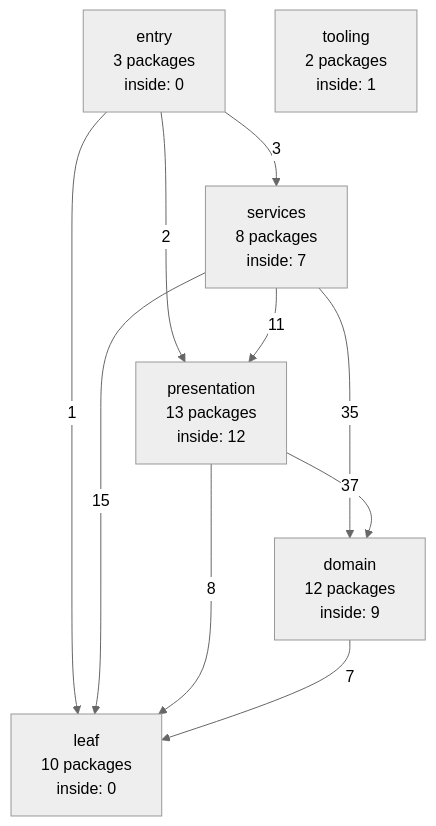
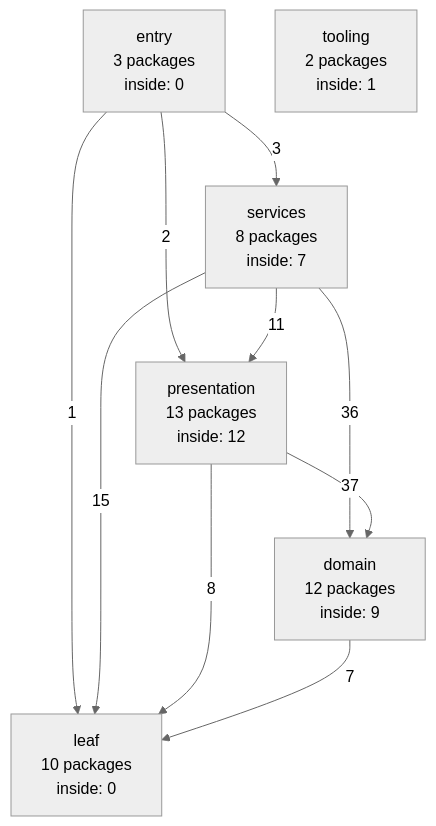
The diagram in docs/internals/generated/package-graph.md (ladydascalie/dm), drawn with Mermaid (neutral theme) before and after one commit. The commit also changed other lines of this file, not shown here.

Commit message:
docs: regenerate the package graph after the merge

````diff
--- a/docs/internals/generated/package-graph.md
+++ b/docs/internals/generated/package-graph.md
@@ -58,18 +58,18 @@
 ```mermaid
 flowchart TD
   entry["entry<br/>3 packages<br/>inside: 0"]
   services["services<br/>8 packages<br/>inside: 7"]
   presentation["presentation<br/>13 packages<br/>inside: 12"]
   domain["domain<br/>12 packages<br/>inside: 9"]
   leaf["leaf<br/>10 packages<br/>inside: 0"]
   tooling["tooling<br/>2 packages<br/>inside: 1"]
   entry -->|3| services
   entry -->|2| presentation
   entry -->|1| leaf
   services -->|11| presentation
-  services -->|35| domain
+  services -->|36| domain
   services -->|15| leaf
   presentation -->|37| domain
   presentation -->|8| leaf
   domain -->|7| leaf
 ```
````
